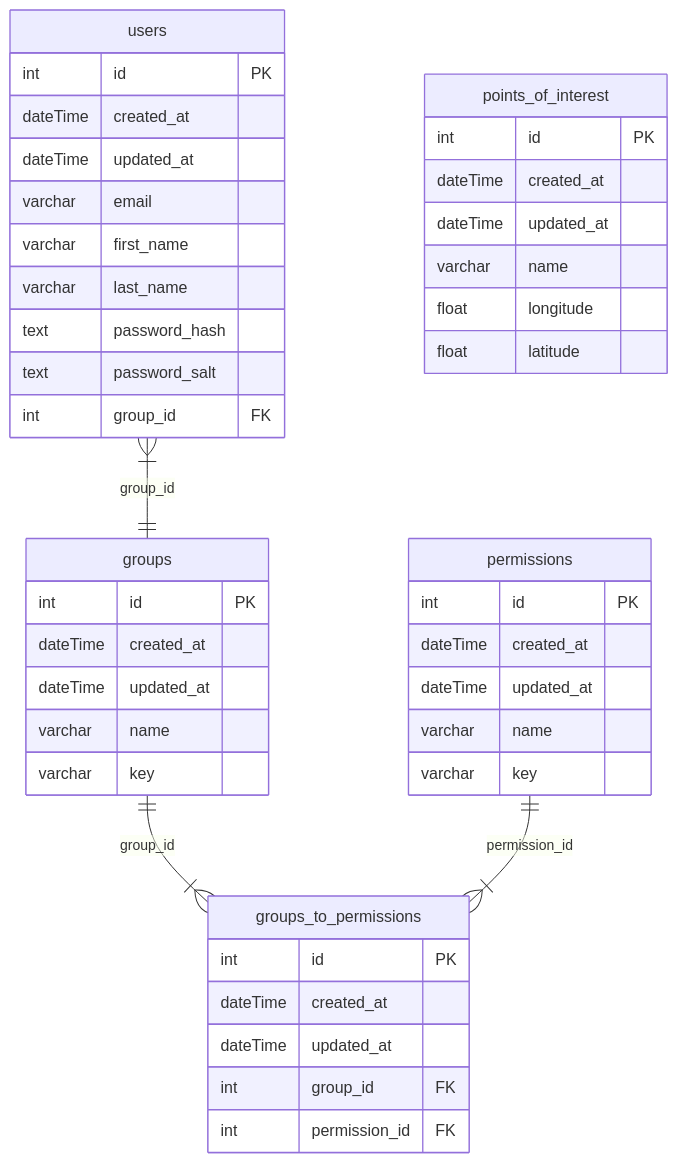
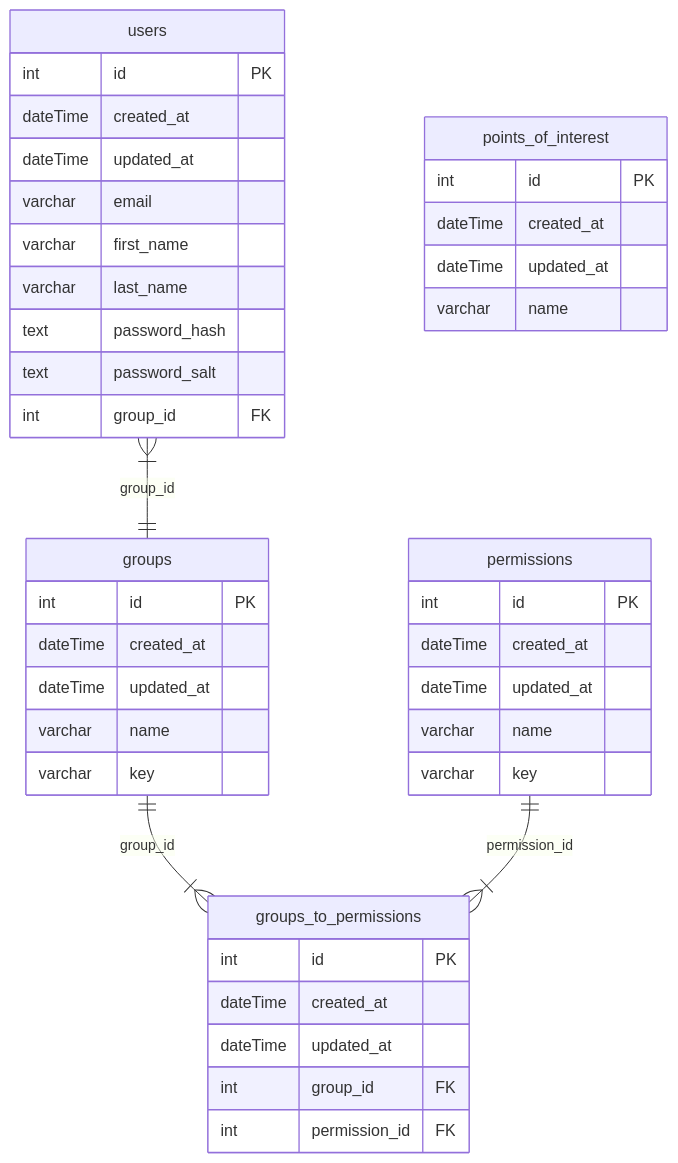
The diagram in readme.md (h4vefundieyoung/smartscapes), drawn with Mermaid before and after one commit. The commit also changed 16 other files, not shown here.

Commit message:
refactor(backend): remove latitude and longitude from POIs model and related files ss-52

````diff
--- a/readme.md
+++ b/readme.md
@@ -30,52 +30,50 @@
 ```mermaid
 erDiagram
 
   users {
     int id PK
     dateTime created_at
     dateTime updated_at
     varchar email
     varchar first_name
     varchar last_name
     text password_hash
     text password_salt
     int group_id FK
   }
 
   groups {
     int id PK
     dateTime created_at
     dateTime updated_at
     varchar name
     varchar key
   }
 
  groups_to_permissions {
       int id PK
       dateTime created_at
       dateTime updated_at
       int group_id FK
       int permission_id FK
   }
 
   permissions {
       int id PK
       dateTime created_at
       dateTime updated_at
       varchar name
       varchar key
   }
 
   points_of_interest {
     int id PK
     dateTime created_at
     dateTime updated_at
     varchar name
-    float longitude
-    float latitude
   }
 
   users }|--|| groups : group_id
   groups ||--|{ groups_to_permissions : group_id
   permissions ||--|{ groups_to_permissions : permission_id
 ```
````
